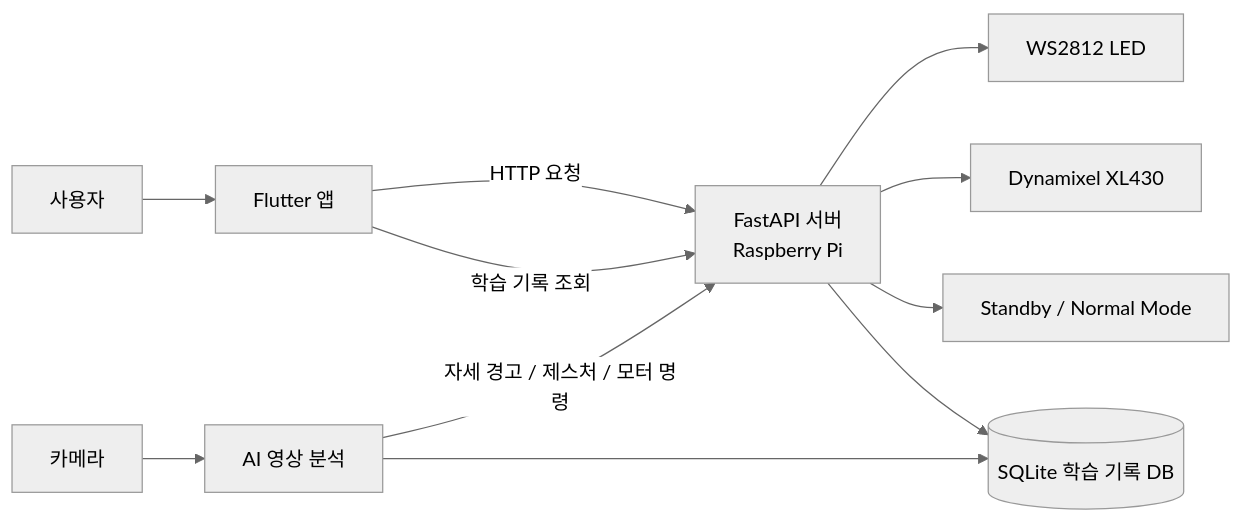
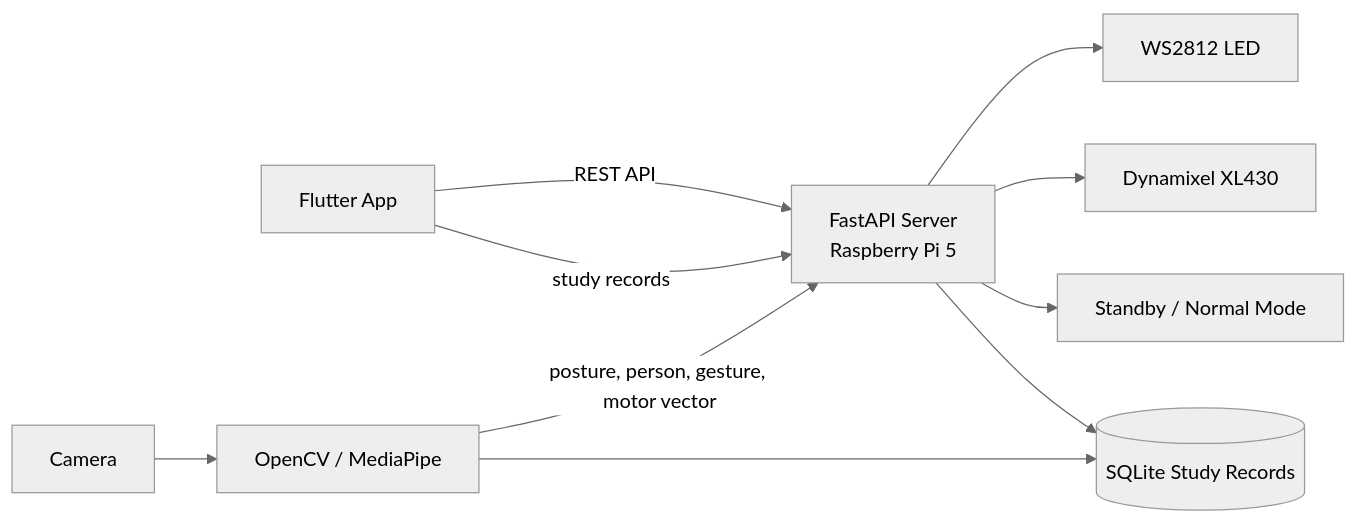
One commit to taejeong02/FlowLamp changed the diagram in README.md. Above: the diagram before and after it, drawn with Mermaid (neutral theme). The commit also changed other lines of this file and 1 other file, not shown here.

````diff
--- a/README.md
+++ b/README.md
@@ -91,14 +65,13 @@
 ```mermaid
 flowchart LR
-    User[사용자] --> App[Flutter 앱]
-    App -->|HTTP 요청| API[FastAPI 서버<br/>Raspberry Pi]
+    App[Flutter App] -->|REST API| API[FastAPI Server<br/>Raspberry Pi 5]
     API --> LED[WS2812 LED]
     API --> Motor[Dynamixel XL430]
     API --> Runtime[Standby / Normal Mode]
 
-    Camera[카메라] --> AI[AI 영상 분석]
-    AI -->|자세 경고 / 제스처 / 모터 명령| API
-    AI --> DB[(SQLite 학습 기록 DB)]
-    App -->|학습 기록 조회| API
+    Camera[Camera] --> AI[OpenCV / MediaPipe]
+    AI -->|posture, person, gesture, motor vector| API
+    AI --> DB[(SQLite Study Records)]
     API --> DB
+    App -->|study records| API
 ```
````
